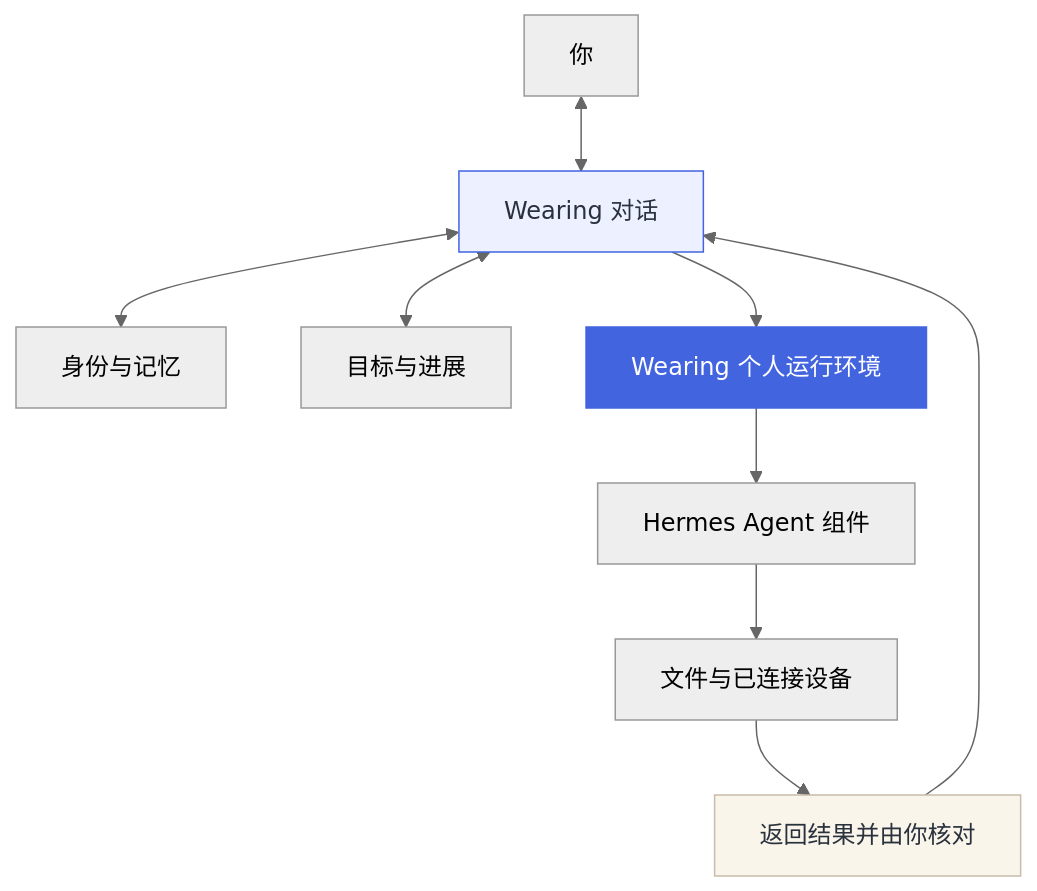
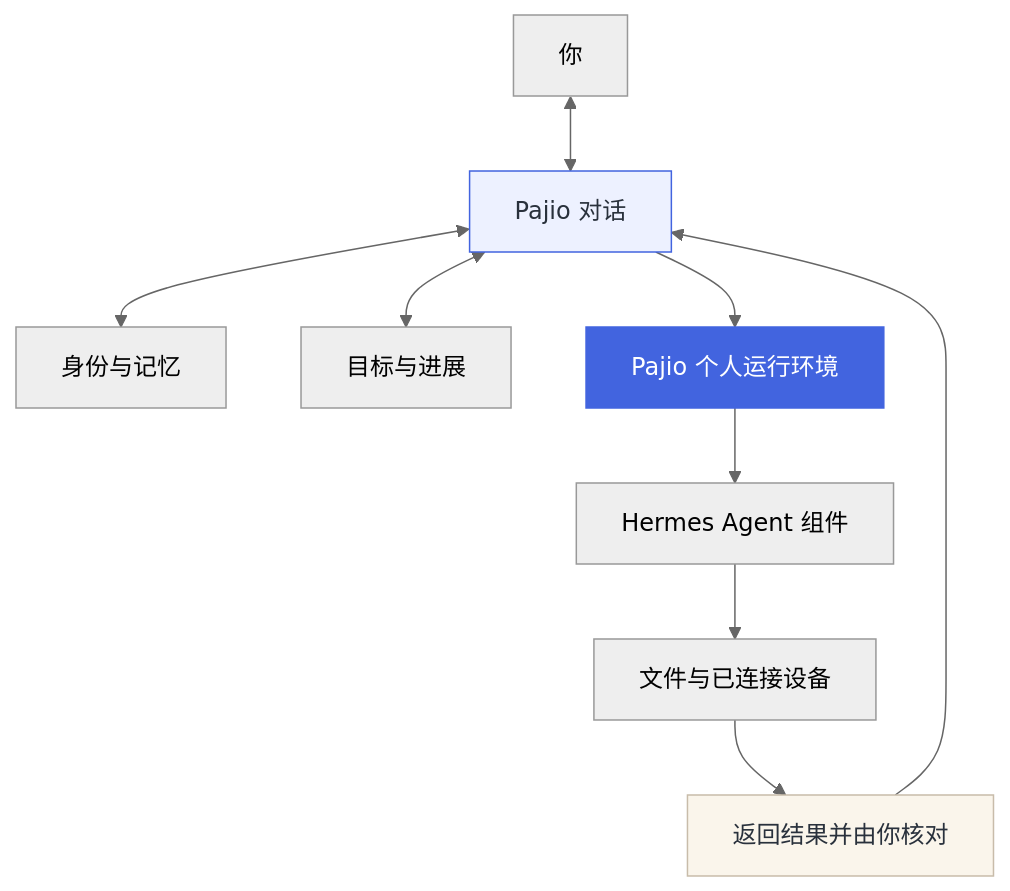
One commit to LuvElixir/wearing changed the diagram in README.zh-CN.md. Above: the diagram before and after it, drawn with Mermaid (neutral theme). The commit also changed other lines of this file and 1268 other files, not shown here.

````diff
--- a/README.zh-CN.md
+++ b/README.zh-CN.md
@@ -26,14 +27,14 @@
 ```mermaid
 flowchart TB
-  U[你] <--> W[Wearing 对话]
+  U[你] <--> W[Pajio 对话]
   W <--> M[身份与记忆]
   W <--> G[目标与进展]
-  W --> R[Wearing 个人运行环境]
+  W --> R[Pajio 个人运行环境]
   R --> H[Hermes Agent 组件]
   H --> F[文件与已连接设备]
   F --> V[返回结果并由你核对]
   V --> W
   style W fill:#edf1ff,stroke:#4264df,color:#29313c
   style R fill:#4264df,stroke:#4264df,color:#fff
   style V fill:#faf5eb,stroke:#c8bcaa,color:#29313c
 ```
````
